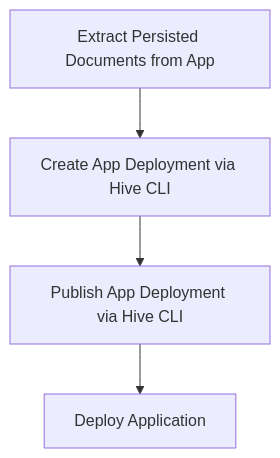
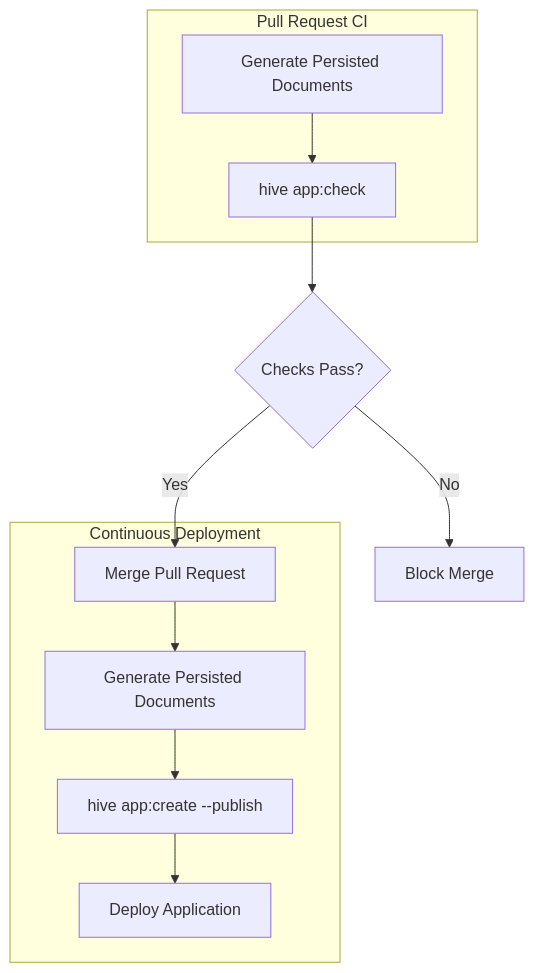
The third of 3 diagrams in packages/documentation/content/docs/schema-registry/app-deployments.mdx (graphql-hive/docs), drawn with Mermaid before and after one commit. The commit also changed other lines of this file and 1 other file, not shown here.

Commit message:
add docs for app check command (#170)

````diff
--- a/packages/documentation/content/docs/schema-registry/app-deployments.mdx
+++ b/packages/documentation/content/docs/schema-registry/app-deployments.mdx
@@ -898,7 +909,14 @@
 ```mermaid
-
 graph TD
-    A[Extract Persisted Documents from App] --> B[Create App Deployment via Hive CLI]
-    B --> C[Publish App Deployment via Hive CLI]
-    C --> D[Deploy Application]
+    subgraph CI[Pull Request CI]
+        A[Generate Persisted Documents] --> B[hive app:check]
+    end
+    B --> C{Checks Pass?}
+    C -->|No| D[Block Merge]
+    C -->|Yes| E[Merge Pull Request]
+    subgraph CD[Continuous Deployment]
+        E --> F[Generate Persisted Documents]
+        F --> G[hive app:create --publish]
+        G --> H[Deploy Application]
+    end
 ```
````
